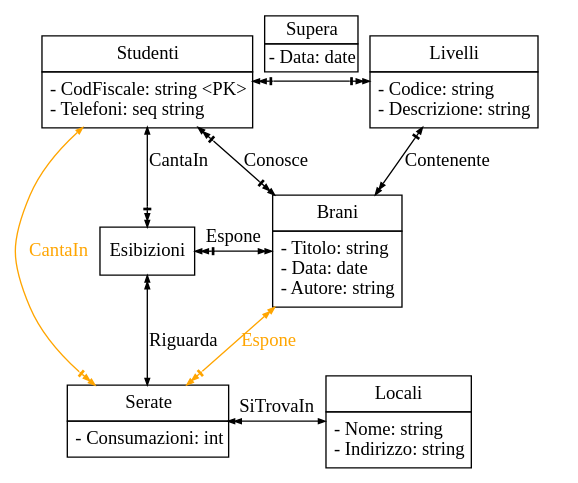
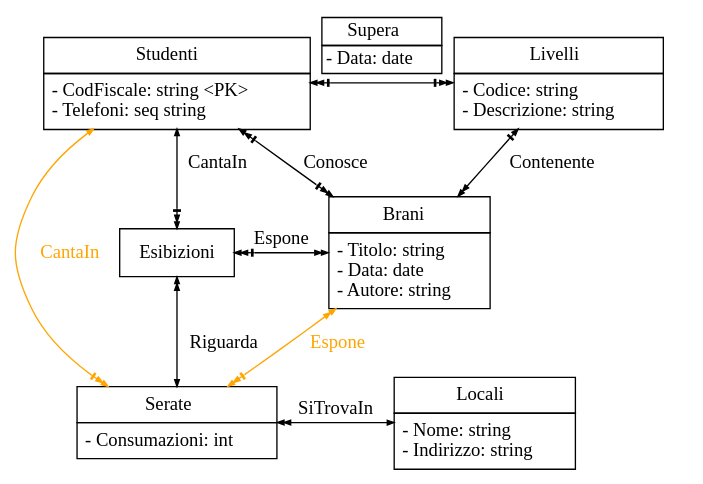
One commit to alek3y/cs changed diagram 17 of 17 in src/ct0006-1/README.md. Above: the diagram before and after it, drawn with Graphviz. The commit also changed other lines of this file and 2 other files, not shown here.

````diff
--- a/src/ct0006-1/README.md
+++ b/src/ct0006-1/README.md
@@ -633,8 +633,8 @@
 ```dot process
 digraph {
 	rankdir=TB
-	edge [arrowsize=0.5 dir=both fontname="Times"]
-	node [shape=box fontname="Times"]
+	edge [arrowsize=0.5 dir=both]
+	node [shape=box]
 
 	{
 		rank=same
````
